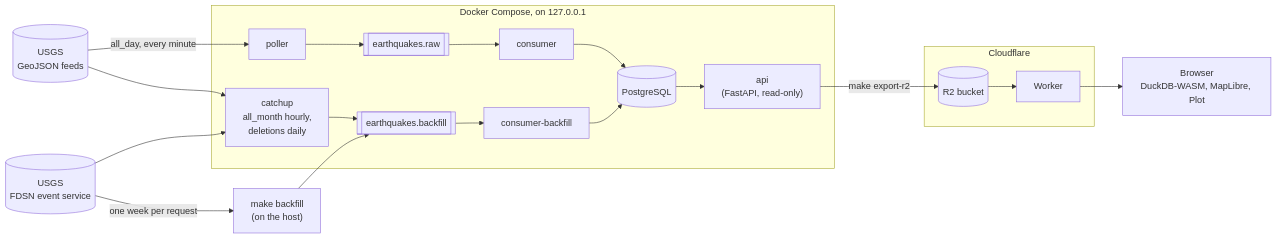
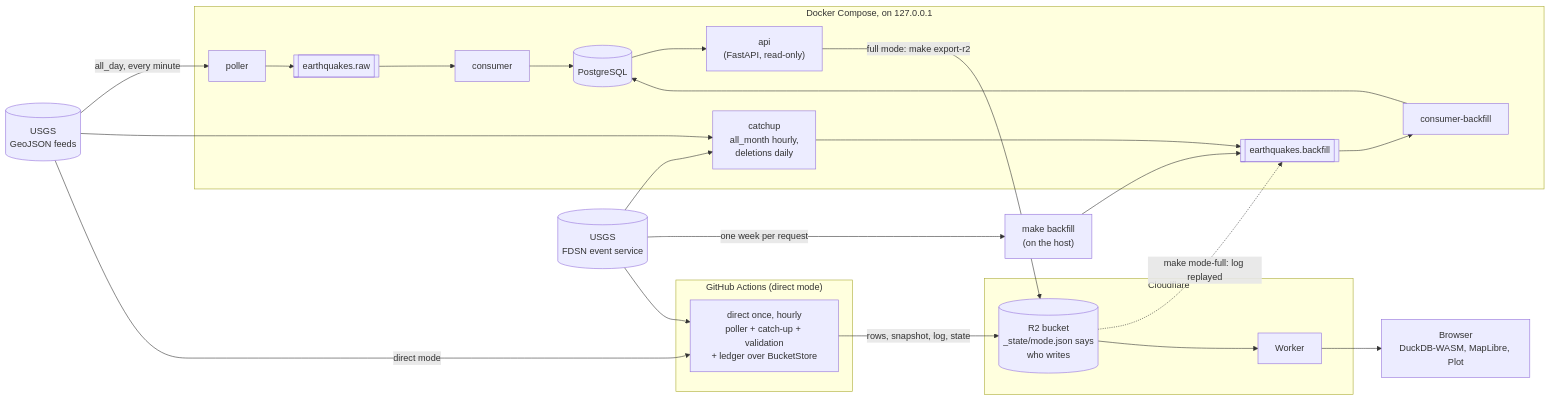
Before and after one commit to dienarvaez1/earth-hub: the first of 7 diagrams in docs/technical/architecture.md, drawn with Mermaid. The commit also changed other lines of this file and 15 other files, not shown here.

````diff
--- a/docs/technical/architecture.md
+++ b/docs/technical/architecture.md
@@ -7,41 +7,49 @@
 ```mermaid
 flowchart LR
     usgs[("USGS<br/>GeoJSON feeds")]
     fdsn[("USGS<br/>FDSN event service")]
 
     backfill["make backfill<br/>(on the host)"]
 
     subgraph docker["Docker Compose, on 127.0.0.1"]
         poller["poller"]
         catchup["catchup<br/>all_month hourly,<br/>deletions daily"]
         raw[["earthquakes.raw"]]
         bf[["earthquakes.backfill"]]
         consumer["consumer"]
         consumerbf["consumer-backfill"]
         pg[("PostgreSQL")]
         api["api<br/>(FastAPI, read-only)"]
     end
 
+    subgraph gha["GitHub Actions (direct mode)"]
+        direct["direct once, hourly<br/>poller + catch-up + validation<br/>+ ledger over BucketStore"]
+    end
+
     subgraph cloud["Cloudflare"]
-        r2[("R2 bucket")]
+        r2[("R2 bucket<br/>_state/mode.json says<br/>who writes")]
         worker["Worker"]
     end
 
     browser["Browser<br/>DuckDB-WASM, MapLibre, Plot"]
 
     usgs -- "all_day, every minute" --> poller
     usgs --> catchup
     fdsn --> catchup
     fdsn -- "one week per request" --> backfill
     poller --> raw
     catchup --> bf
     backfill --> bf
     raw --> consumer
     bf --> consumerbf
     consumer --> pg
     consumerbf --> pg
     pg --> api
-    api -- "make export-r2" --> r2
+    api -- "full mode: make export-r2" --> r2
+    usgs -- "direct mode" --> direct
+    fdsn --> direct
+    direct -- "rows, snapshot, log, state" --> r2
+    r2 -.->|"make mode-full: log replayed"| bf
     r2 --> worker
     worker --> browser
 ```
````
